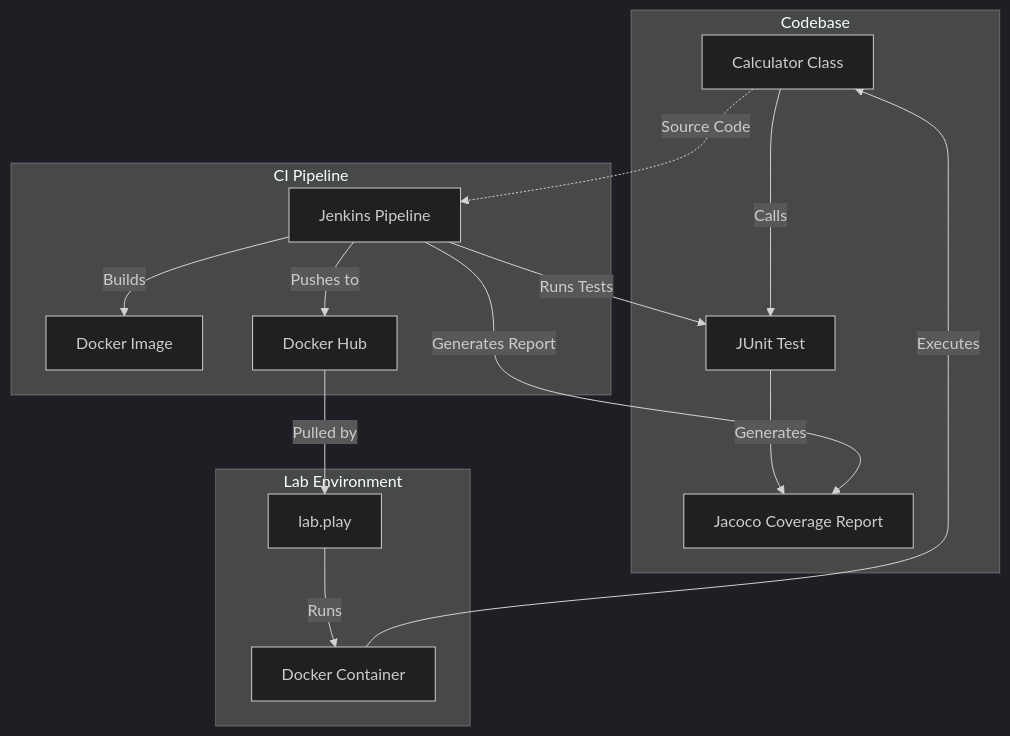
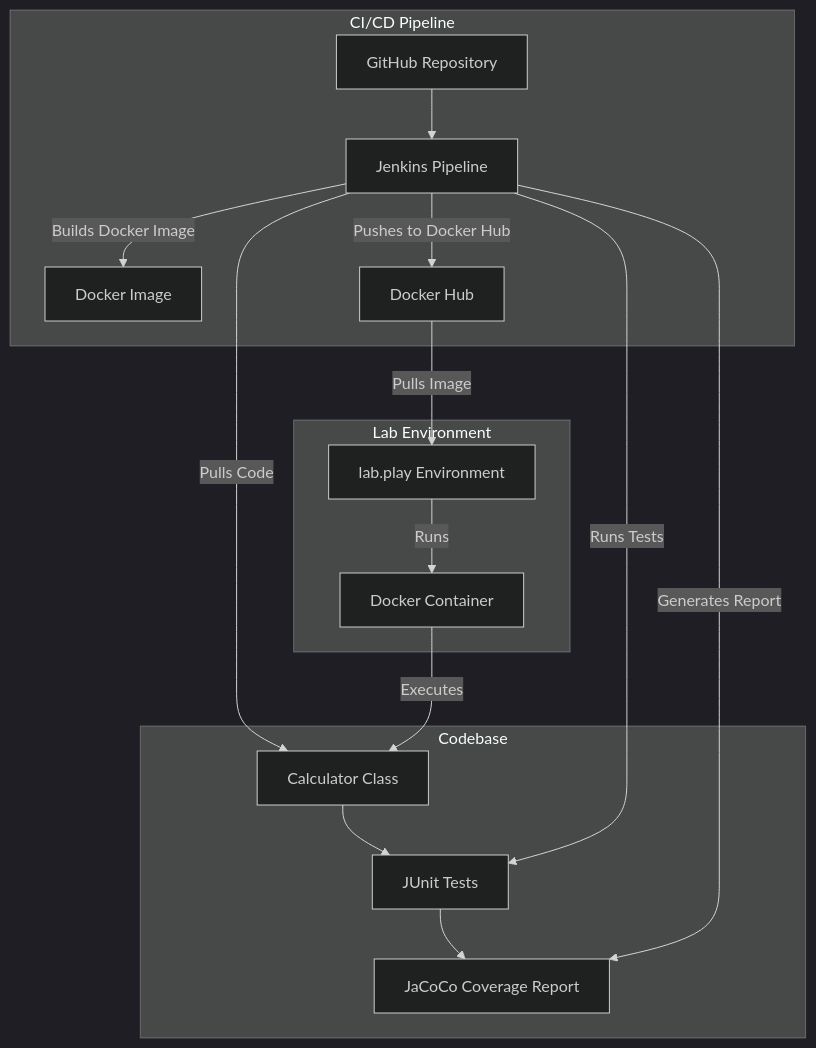
The diagram in Week 7/introduction to SecDevOps.md (ADirin/OTP1_LectureMaterial), drawn with Mermaid (dark theme) before and after one commit.

Commit message:
Update introduction to SecDevOps.md

````diff
--- a/Week 7/introduction to SecDevOps.md
+++ b/Week 7/introduction to SecDevOps.md
@@ -1,25 +1,27 @@
 ```mermaid
 graph TD
     subgraph Codebase
-        A[Calculator Class] -- Calls --> B[JUnit Test]
-        B -- Generates --> C[Jacoco Coverage Report]
+        A[Calculator Class] --> B[JUnit Tests]
+        B --> C[JaCoCo Coverage Report]
     end
     
-    subgraph CI Pipeline
-        D[Jenkins Pipeline]
-        D -- Runs Tests --> B
-        D -- Generates Report --> C
-        D -- Builds --> E[Docker Image]
-        D -- Pushes to --> F[Docker Hub]
+    subgraph CI/CD Pipeline
+        D[GitHub Repository] --> E[Jenkins Pipeline]
+        E -- Pulls Code --> A
+        E -- Runs Tests --> B
+        E -- Generates Report --> C
+        E -- Builds Docker Image --> F[Docker Image]
+        E -- Pushes to Docker Hub --> G[Docker Hub]
+    end
+
+    subgraph Lab Environment
+        G -- Pulls Image --> H[lab.play Environment]
+        H -- Runs --> I[Docker Container]
+        I -- Executes --> A
     end
     
-    subgraph Lab Environment
-        F -- Pulled by --> G[lab.play]
-        G -- Runs --> H[Docker Container]
-        H -- Executes --> A
-    end
-    
-    A -.->|Source Code| D
-
+    click D href "https://github.com" "GitHub Repository"
+    click G href "https://hub.docker.com" "Docker Hub"
+    click H href "https://lab.play" "Lab Environment"
 
 ```
````
